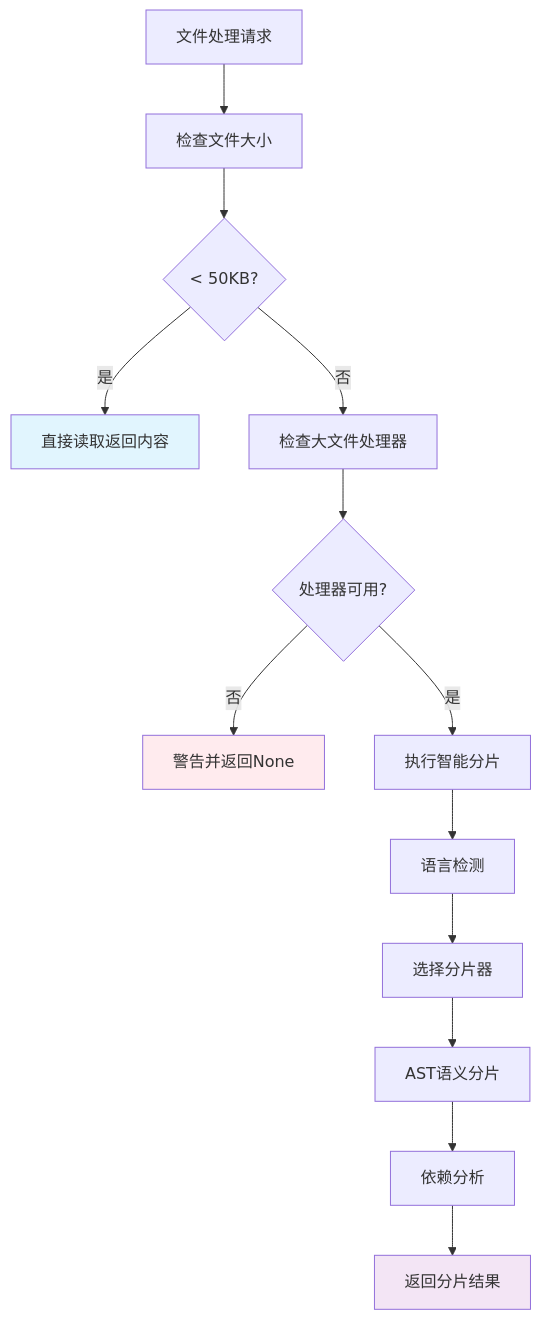
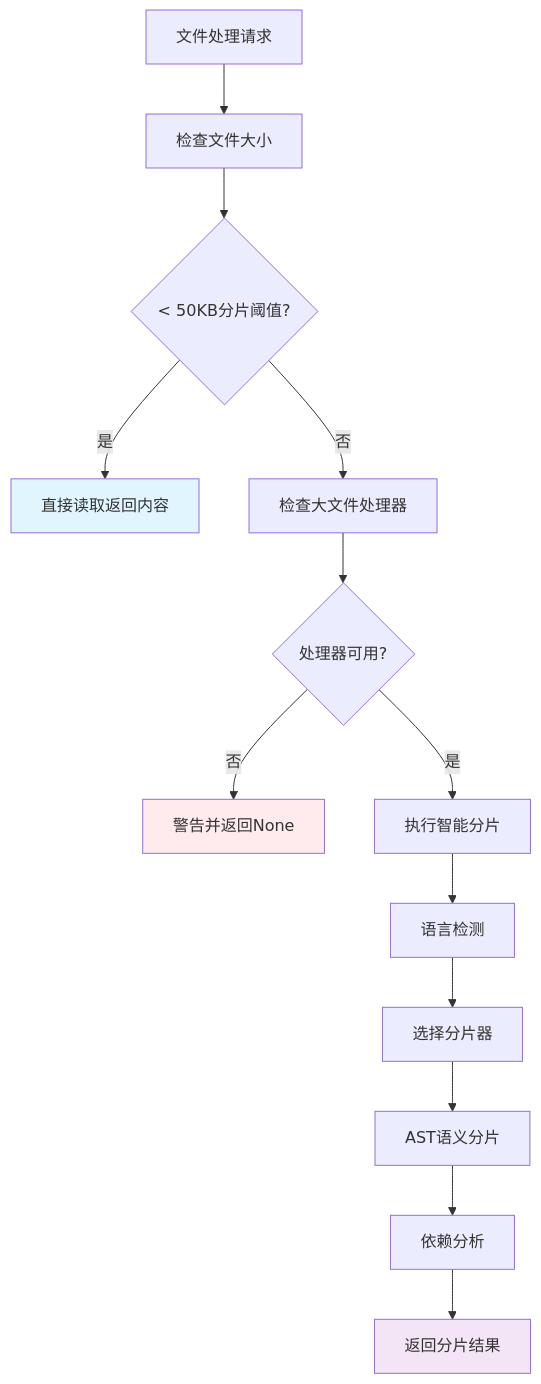
One commit to MGX-LJY/CodeLens changed the second of 3 diagrams in docs/files/summaries/src/services/file_service.py.md. Above: the diagram before and after it, drawn with Mermaid. The commit also changed other lines of this file and 15 other files, not shown here.

````diff
--- a/docs/files/summaries/src/services/file_service.py.md
+++ b/docs/files/summaries/src/services/file_service.py.md
@@ -145,20 +153,20 @@
 ```mermaid
 graph TD
     A[文件处理请求] --> B[检查文件大小]
-    B --> C{< 50KB?}
+    B --> C{< 50KB分片阈值?}
     C -->|是| D[直接读取返回内容]
     C -->|否| E[检查大文件处理器]
     E --> F{处理器可用?}
     F -->|否| G[警告并返回None]
     F -->|是| H[执行智能分片]
     
     H --> I[语言检测]
     I --> J[选择分片器]
     J --> K[AST语义分片]
     K --> L[依赖分析]
     L --> M[返回分片结果]
     
     style D fill:#e1f5fe
     style M fill:#f3e5f5
     style G fill:#ffebee
 ```
````
